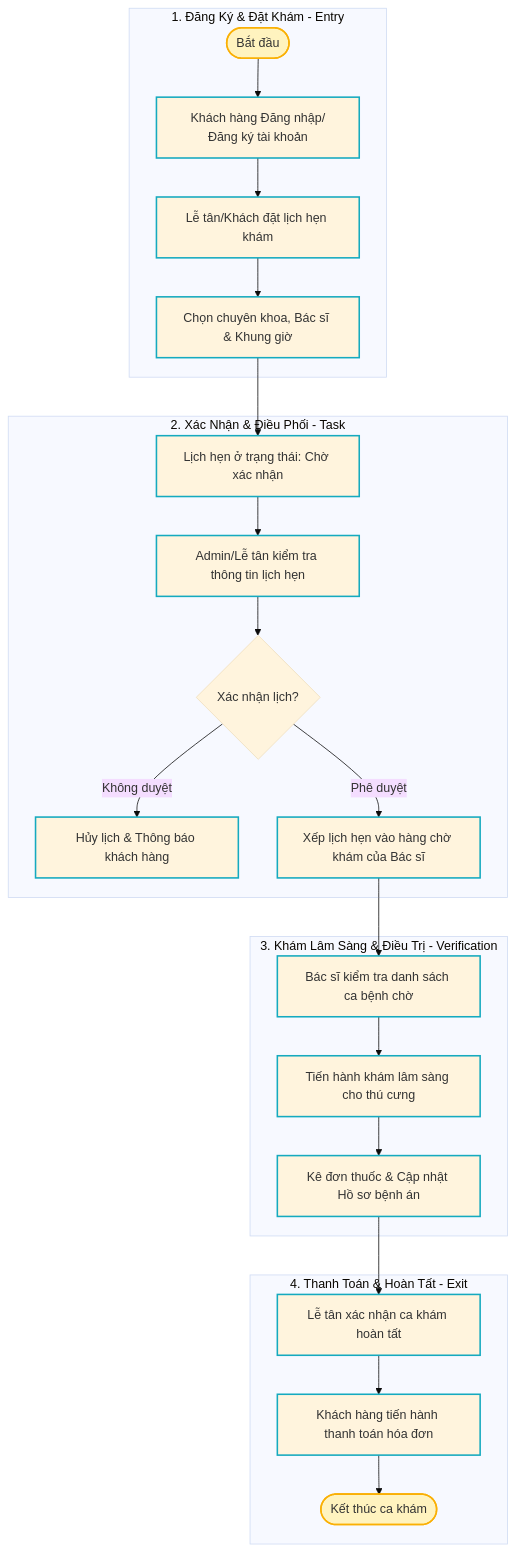
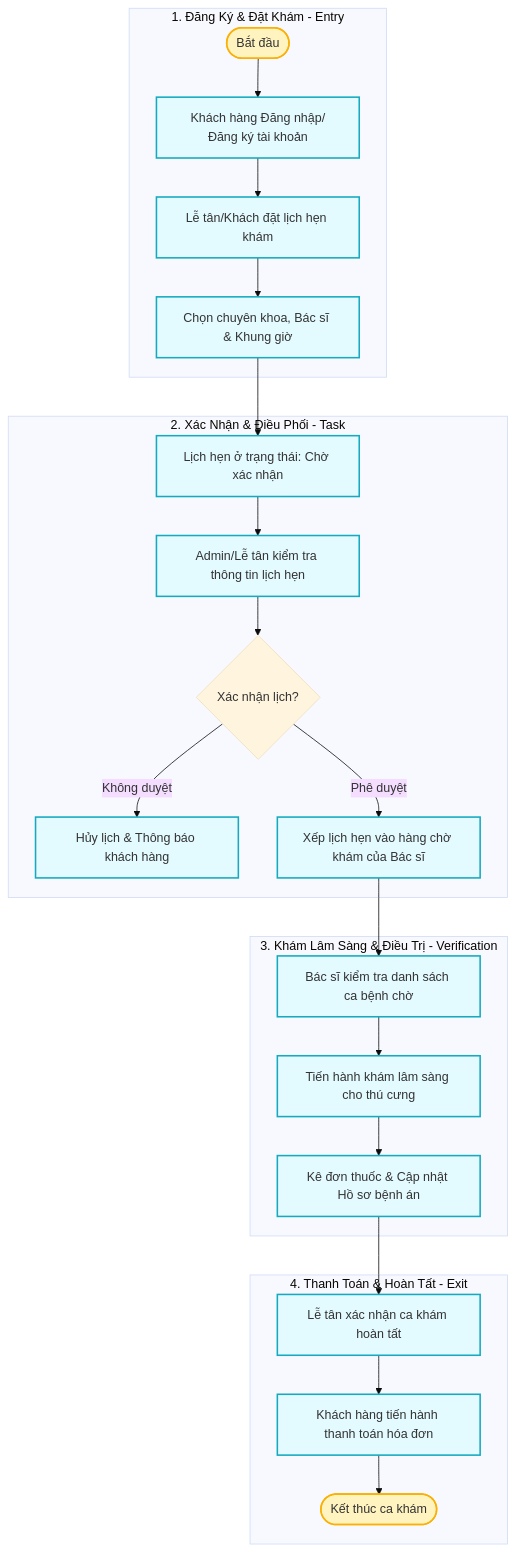
One commit to trananhtai2204205-beep/PetCare changed the diagram in README.md. Above: the diagram before and after it, drawn with Mermaid (base theme). The commit also changed other lines of this file, not shown here.

````diff
--- a/README.md
+++ b/README.md
@@ -20,37 +61,37 @@
 ```mermaid
 flowchart TD
     %% Định nghĩa phong cách
-    classDef process fill:#e3faffc,stroke:#15aabf,stroke-width:2px;
+    classDef process fill:#e3faff,stroke:#15aabf,stroke-width:2px;
     classDef actor fill:#f8f9fa,stroke:#495057,stroke-dasharray: 5 5;
     classDef start_end fill:#fff3bf,stroke:#fab005,stroke-width:2px;
 
     subgraph Entry [1. Đăng Ký & Đặt Khám - Entry]
         A([Bắt đầu]) --> B[Khách hàng Đăng nhập/Đăng ký tài khoản]
         B --> C[Lễ tân/Khách đặt lịch hẹn khám]
         C --> D[Chọn chuyên khoa, Bác sĩ & Khung giờ]
     end
 
     subgraph Task [2. Xác Nhận & Điều Phối - Task]
         D --> E[Lịch hẹn ở trạng thái: Chờ xác nhận]
         E --> F[Admin/Lễ tân kiểm tra thông tin lịch hẹn]
         F --> G{Xác nhận lịch?}
         G -- Không duyệt --> H[Hủy lịch & Thông báo khách hàng]
         G -- Phê duyệt --> I[Xếp lịch hẹn vào hàng chờ khám của Bác sĩ]
     end
 
     subgraph Verification [3. Khám Lâm Sàng & Điều Trị - Verification]
         I --> J[Bác sĩ kiểm tra danh sách ca bệnh chờ]
         J --> K[Tiến hành khám lâm sàng cho thú cưng]
         K --> L[Kê đơn thuốc & Cập nhật Hồ sơ bệnh án]
     end
 
     subgraph Exit [4. Thanh Toán & Hoàn Tất - Exit]
         L --> M[Lễ tân xác nhận ca khám hoàn tất]
         M --> N[Khách hàng tiến hành thanh toán hóa đơn]
         N --> O([Kết thúc ca khám])
     end
 
     %% Áp dụng Class
     class A,O start_end;
     class B,C,D,E,F,H,I,J,K,L,M,N process;
 ```
````
